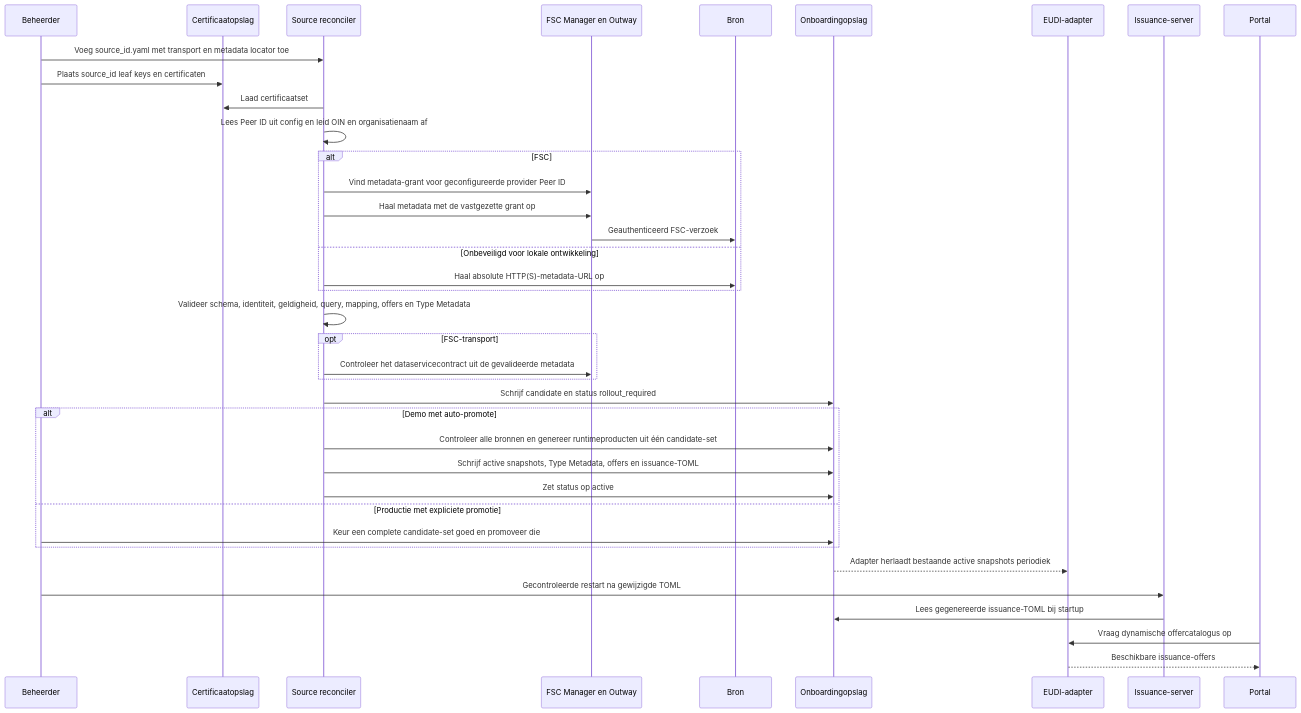
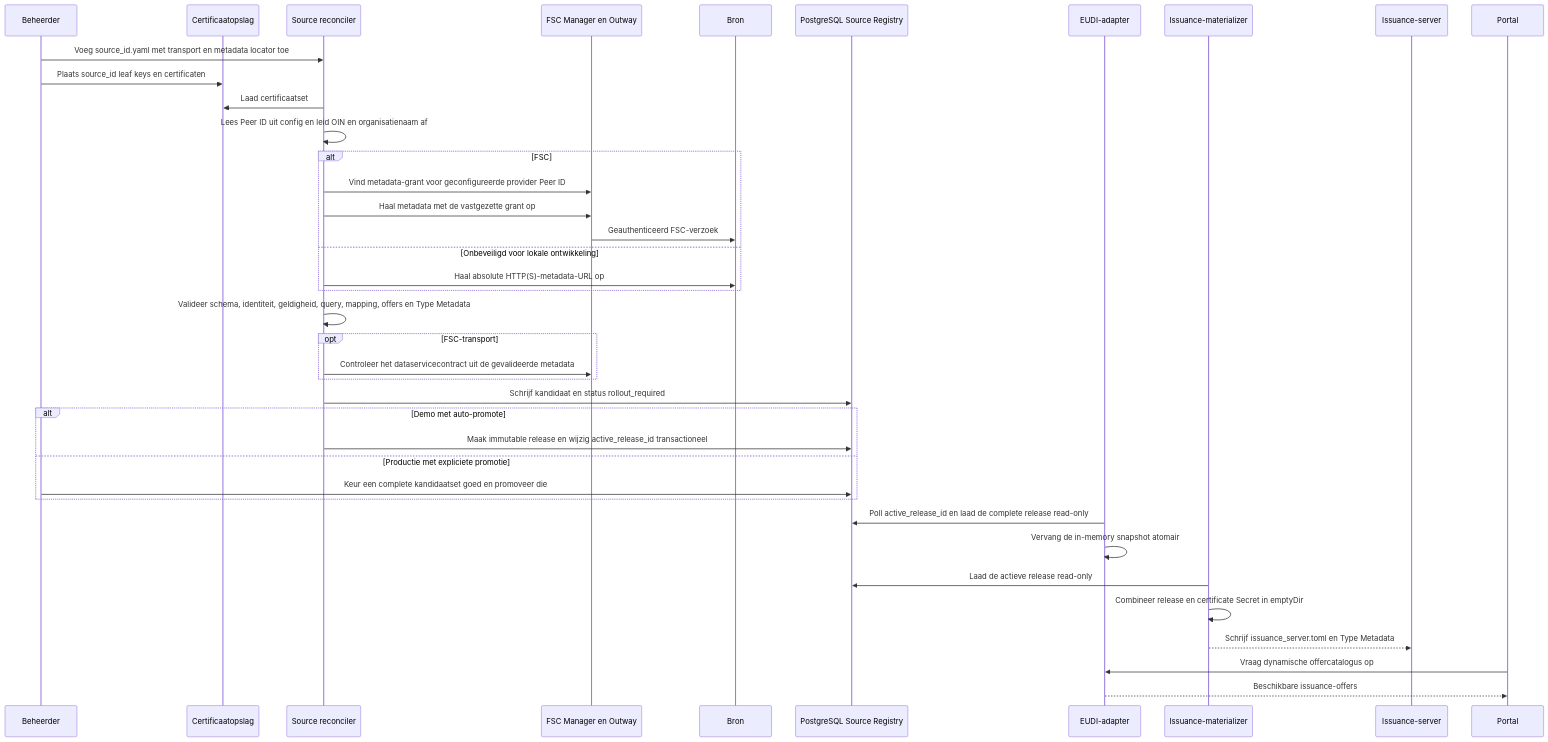
One commit to ICTU/GBO-demo changed the second of 2 diagrams in docs/source-onboarding.md. Above: the diagram before and after it, drawn with Mermaid. The commit also changed other lines of this file and 2 other files, not shown here.

Commit message:
docs(eudi): describe PostgreSQL onboarding registry

````diff
--- a/docs/source-onboarding.md
+++ b/docs/source-onboarding.md
@@ -159,41 +163,42 @@
 ```mermaid
 sequenceDiagram
     participant O as Beheerder
     participant K as Certificaatopslag
     participant R as Source reconciler
     participant F as FSC Manager en Outway
     participant B as Bron
-    participant P as Onboardingopslag
+    participant P as PostgreSQL Source Registry
     participant A as EUDI-adapter
+    participant M as Issuance-materializer
     participant I as Issuance-server
     participant U as Portal
 
     O->>R: Voeg source_id.yaml met transport en metadata locator toe
     O->>K: Plaats source_id leaf keys en certificaten
     R->>K: Laad certificaatset
     R->>R: Lees Peer ID uit config en leid OIN en organisatienaam af
     alt FSC
         R->>F: Vind metadata-grant voor geconfigureerde provider Peer ID
         R->>F: Haal metadata met de vastgezette grant op
         F->>B: Geauthenticeerd FSC-verzoek
     else Onbeveiligd voor lokale ontwikkeling
         R->>B: Haal absolute HTTP(S)-metadata-URL op
     end
     R->>R: Valideer schema, identiteit, geldigheid, query, mapping, offers en Type Metadata
     opt FSC-transport
         R->>F: Controleer het dataservicecontract uit de gevalideerde metadata
     end
-    R->>P: Schrijf candidate en status rollout_required
+    R->>P: Schrijf kandidaat en status rollout_required
     alt Demo met auto-promote
-        R->>P: Controleer alle bronnen en genereer runtimeproducten uit één candidate-set
-        R->>P: Schrijf active snapshots, Type Metadata, offers en issuance-TOML
-        R->>P: Zet status op active
+        R->>P: Maak immutable release en wijzig active_release_id transactioneel
     else Productie met expliciete promotie
-        O->>P: Keur een complete candidate-set goed en promoveer die
+        O->>P: Keur een complete kandidaatset goed en promoveer die
     end
-    P-->>A: Adapter herlaadt bestaande active snapshots periodiek
-    O->>I: Gecontroleerde restart na gewijzigde TOML
-    I->>P: Lees gegenereerde issuance-TOML bij startup
+    A->>P: Poll active_release_id en laad de complete release read-only
+    A->>A: Vervang de in-memory snapshot atomair
+    M->>P: Laad de actieve release read-only
+    M->>M: Combineer release en certificate Secret in emptyDir
+    M-->>I: Schrijf issuance_server.toml en Type Metadata
     U->>A: Vraag dynamische offercatalogus op
     A-->>U: Beschikbare issuance-offers
 ```
````
